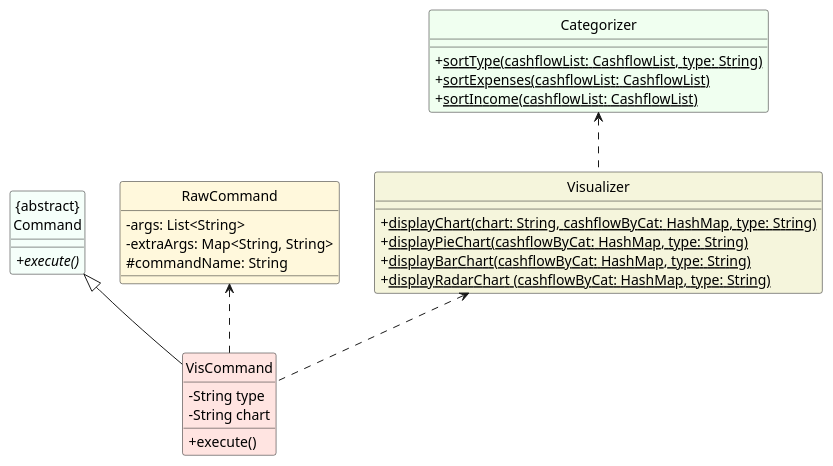
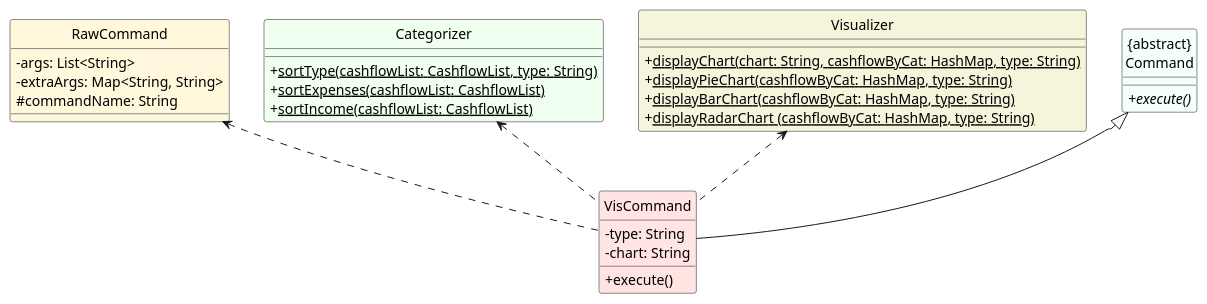
One commit to nus-cs2113-AY2324S1/tp changed the diagram in docs/diagrams/vis/visualisationClass.puml. Above: the diagram before and after it, drawn with PlantUML. The commit also changed 8 other files, not shown here.

```diff
--- a/docs/diagrams/vis/visualisationClass.puml
+++ b/docs/diagrams/vis/visualisationClass.puml
@@ -1,44 +1,43 @@
 @startuml
 'https://plantuml.com/class-diagram
 
 skinparam classFontColor automatic
 
-
-class "{abstract}\nCommand"  #MintCream {
-+execute() {abstract}
-}
-
 class VisCommand #MistyRose {
--String type
--String chart
+-type: String
+-chart: String
 +execute()
 }
 
 class RawCommand #Cornsilk {
 -args: List<String>
 -extraArgs: Map<String, String>
 #commandName: String
 }
 
 class Categorizer #HoneyDew {
 +<u>sortType(cashflowList: CashflowList, type: String)
 +<u>sortExpenses(cashflowList: CashflowList)
 +<u>sortIncome(cashflowList: CashflowList)
 }
 
 class Visualizer #Beige {
 +<u>displayChart(chart: String, cashflowByCat: HashMap, type: String)
 + <u>displayPieChart(cashflowByCat: HashMap, type: String)
 + <u>displayBarChart(cashflowByCat: HashMap, type: String)
 + <u>displayRadarChart (cashflowByCat: HashMap, type: String)
 }
 
+class "{abstract}\nCommand"  #MintCream {
++execute() {abstract}
+}
+
 "{abstract}\nCommand" <|-- VisCommand
 RawCommand <.. VisCommand
-Categorizer <.. Visualizer
+Categorizer <.. VisCommand
 Visualizer <.. VisCommand
 
 hide Circle
 skinparam classAttributeIconSize 0
 
 @enduml
```
